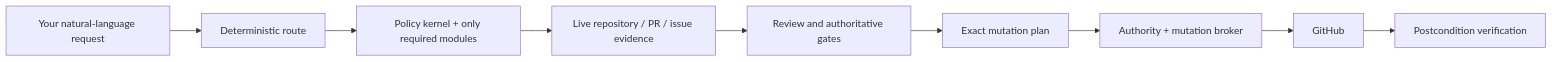
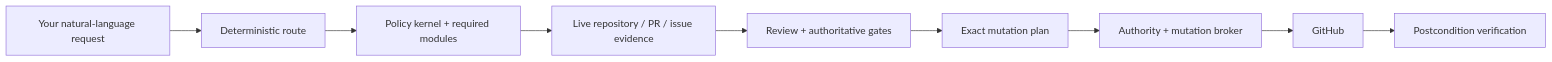
Before and after one commit to Wibias/github-delivery: the diagram in README.md, drawn with Mermaid. The commit also changed other lines of this file, not shown here.

````diff
--- a/README.md
+++ b/README.md
@@ -93,11 +93,11 @@
 ```mermaid
 flowchart LR
     A[Your natural-language request] --> B[Deterministic route]
-    B --> C[Policy kernel + only required modules]
+    B --> C[Policy kernel + required modules]
     C --> D[Live repository / PR / issue evidence]
-    D --> E[Review and authoritative gates]
+    D --> E[Review + authoritative gates]
     E --> F[Exact mutation plan]
     F --> G[Authority + mutation broker]
     G --> H[GitHub]
     H --> I[Postcondition verification]
 ```
````
